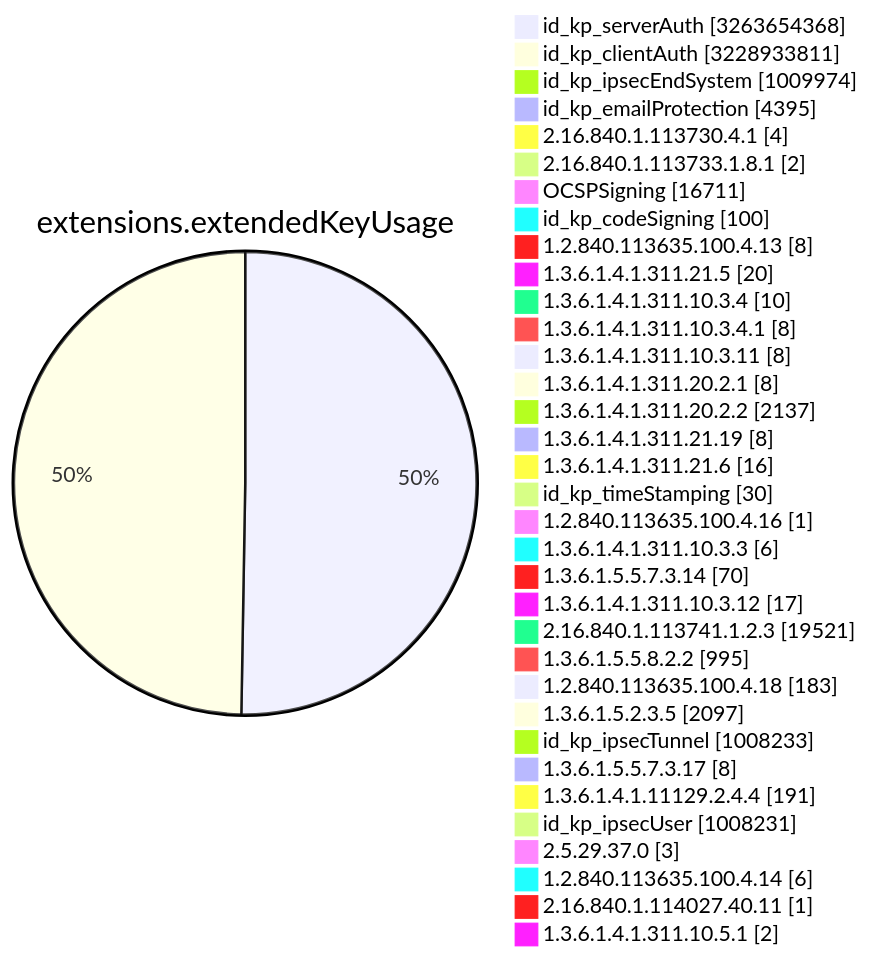
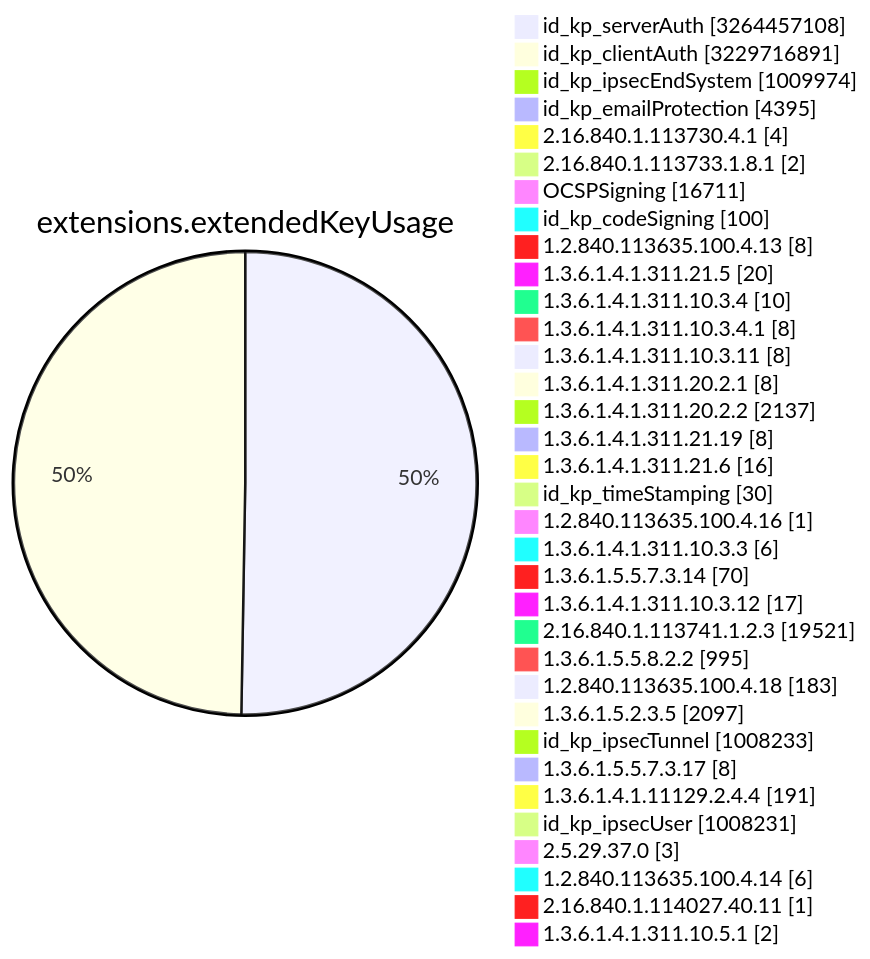
Diagram 11 of 15 in TOTAL/README.md (christiankrug/ctmonitor_visualization), drawn with Mermaid before and after one commit. The commit also changed other lines of this file, not shown here.

````diff
--- a/TOTAL/README.md
+++ b/TOTAL/README.md
@@ -4119,38 +4119,38 @@
 ```mermaid
 pie showData
 title extensions.extendedKeyUsage
-"id_kp_serverAuth" :3263654368
-"id_kp_clientAuth" :3228933811
+"id_kp_serverAuth" :3264457108
+"id_kp_clientAuth" :3229716891
 "id_kp_ipsecEndSystem" :1009974
 "id_kp_emailProtection" :4395
 "2.16.840.1.113730.4.1" :4
 "2.16.840.1.113733.1.8.1" :2
 "OCSPSigning" :16711
 "id_kp_codeSigning" :100
 "1.2.840.113635.100.4.13" :8
 "1.3.6.1.4.1.311.21.5" :20
 "1.3.6.1.4.1.311.10.3.4" :10
 "1.3.6.1.4.1.311.10.3.4.1" :8
 "1.3.6.1.4.1.311.10.3.11" :8
 "1.3.6.1.4.1.311.20.2.1" :8
 "1.3.6.1.4.1.311.20.2.2" :2137
 "1.3.6.1.4.1.311.21.19" :8
 "1.3.6.1.4.1.311.21.6" :16
 "id_kp_timeStamping" :30
 "1.2.840.113635.100.4.16" :1
 "1.3.6.1.4.1.311.10.3.3" :6
 "1.3.6.1.5.5.7.3.14" :70
 "1.3.6.1.4.1.311.10.3.12" :17
 "2.16.840.1.113741.1.2.3" :19521
 "1.3.6.1.5.5.8.2.2" :995
 "1.2.840.113635.100.4.18" :183
 "1.3.6.1.5.2.3.5" :2097
 "id_kp_ipsecTunnel" :1008233
 "1.3.6.1.5.5.7.3.17" :8
 "1.3.6.1.4.1.11129.2.4.4" :191
 "id_kp_ipsecUser" :1008231
 "2.5.29.37.0" :3
 "1.2.840.113635.100.4.14" :6
 "2.16.840.1.114027.40.11" :1
 "1.3.6.1.4.1.311.10.5.1" :2
 ```
````
